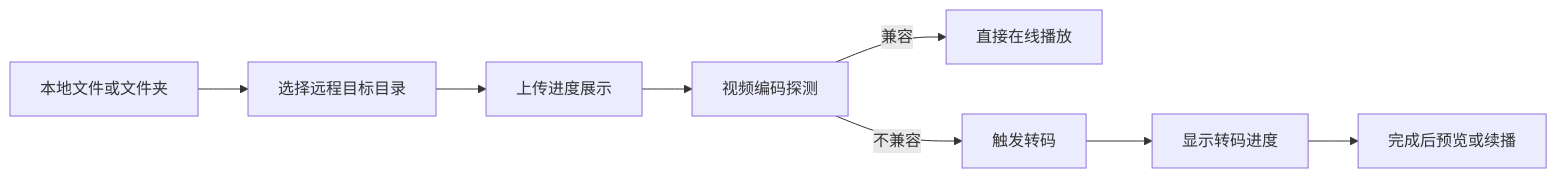
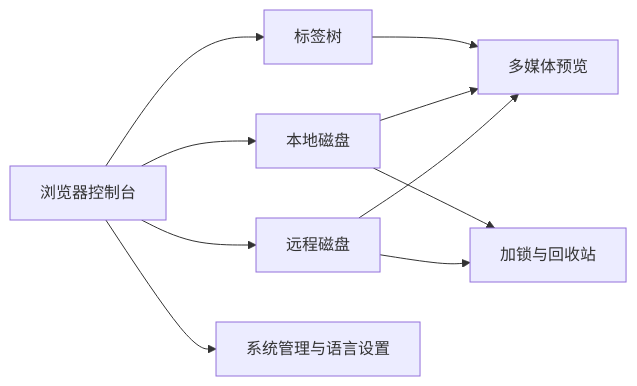
The diagram in webcool/docs/res/flowchart LR.mmd (bactq/aicool), drawn with Mermaid before and after one commit. The commit also changed 12 other files, not shown here.

```diff
--- a/webcool/docs/res/flowchart LR.mmd
+++ b/webcool/docs/res/flowchart LR.mmd
@@ -1,8 +1,10 @@
 flowchart LR
-    A[本地文件或文件夹] --> B[选择远程目标目录]
-    B --> C[上传进度展示]
-    C --> D[视频编码探测]
-    D -->|兼容| E[直接在线播放]
-    D -->|不兼容| F[触发转码]
-    F --> G[显示转码进度]
-    G --> H[完成后预览或续播]
+    A[浏览器控制台] --> B[远程磁盘]
+    A --> C[本地磁盘]
+    A --> D[标签树]
+    B --> E[多媒体预览]
+    C --> E
+    D --> E
+    B --> F[加锁与回收站]
+    C --> F
+    A --> G[系统管理与语言设置]
```
